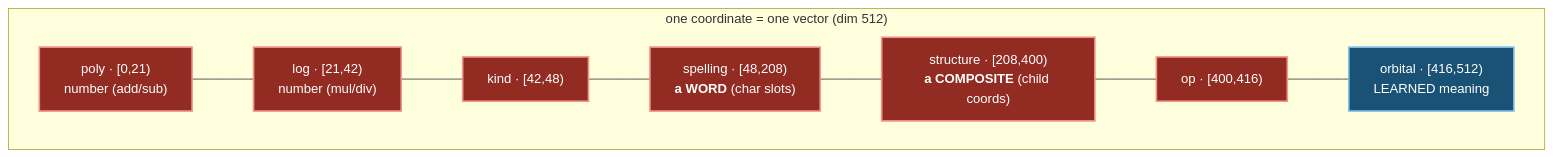
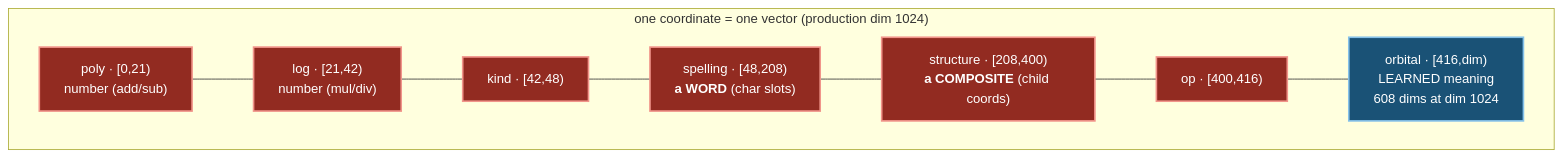
One commit to EvaluatedApplications/genesis-nova changed the first of 2 diagrams in PLATONIC_NUCLEUS.md. Above: the diagram before and after it, drawn with Mermaid. The commit also changed other lines of this file and 11 other files, not shown here.

````diff
--- a/PLATONIC_NUCLEUS.md
+++ b/PLATONIC_NUCLEUS.md
@@ -54,18 +55,18 @@
 ```mermaid
 flowchart LR
-  subgraph V["one coordinate = one vector (dim 512)"]
+  subgraph V["one coordinate = one vector (production dim 1024)"]
     direction LR
     P["poly · [0,21)<br/>number (add/sub)"]
     L["log · [21,42)<br/>number (mul/div)"]
     K["kind · [42,48)"]
     B["spelling · [48,208)<br/><b>a WORD</b> (char slots)"]
     S["structure · [208,400)<br/><b>a COMPOSITE</b> (child coords)"]
     O["op · [400,416)"]
-    E["orbital · [416,512)<br/>LEARNED meaning"]
+    E["orbital · [416,dim)<br/>LEARNED meaning<br/>608 dims at dim 1024"]
     P --- L --- K --- B --- S --- O --- E
   end
   classDef nuc fill:#922b21,color:#ffffff,stroke:#f1948a,stroke-width:2px;
   classDef free fill:#1a5276,color:#ffffff,stroke:#85c1e9,stroke-width:2px;
   class P,L,K,B,S,O nuc;
   class E free;
 ```
````
